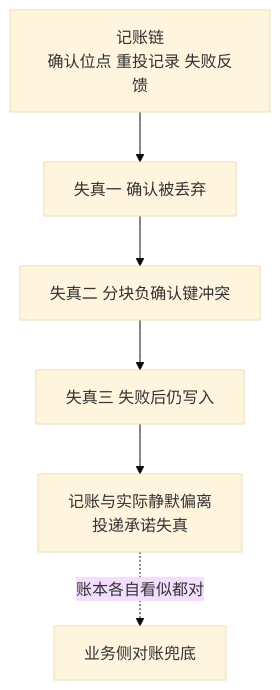
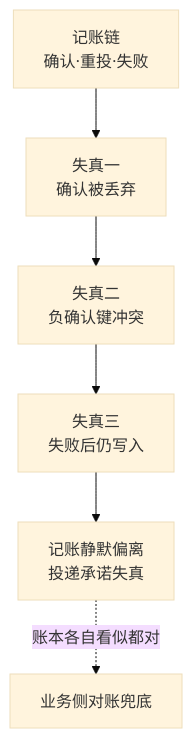
The second of 2 diagrams in vault/工程知识/缺陷分析：从个案到体系/正确性/案例四十一：确认了却没确认——Pulsar 消息语义的三种失真.md (hub138/technical-knowledge), drawn with Mermaid (base theme) before and after one commit. The commit also changed other lines of this file and 622 other files, not shown here.

````diff
--- a/vault/工程知识/缺陷分析：从个案到体系/正确性/案例四十一：确认了却没确认——Pulsar 消息语义的三种失真.md
+++ b/vault/工程知识/缺陷分析：从个案到体系/正确性/案例四十一：确认了却没确认——Pulsar 消息语义的三种失真.md
@@ -48,8 +80,8 @@
 ```mermaid
 flowchart TB
-    p["记账链<br/>确认位点 重投记录 失败反馈"] --> f1["失真一 确认被丢弃"]
-    f1 --> f2["失真二 分块负确认键冲突"]
-    f2 --> f3["失真三 失败后仍写入"]
-    f3 --> e["记账与实际静默偏离<br/>投递承诺失真"]
+    p["记账链<br/>确认·重投·失败"] --> f1["失真一<br/>确认被丢弃"]
+    f1 --> f2["失真二<br/>负确认键冲突"]
+    f2 --> f3["失真三<br/>失败后仍写入"]
+    f3 --> e["记账静默偏离<br/>投递承诺失真"]
     e -.->|"账本各自看似都对"| x["业务侧对账兜底"]
 ```
````
